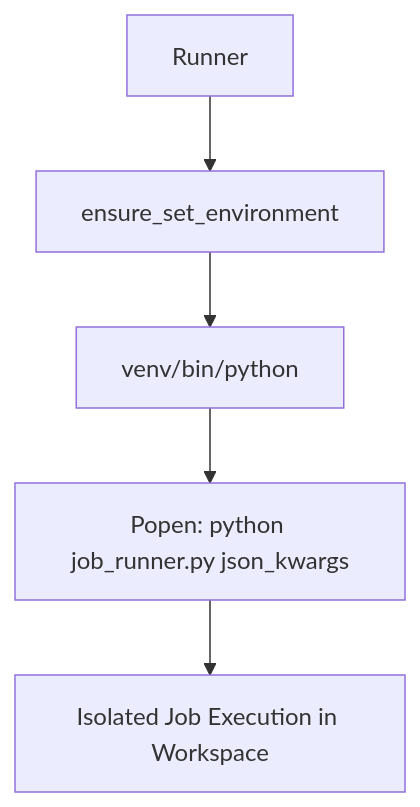
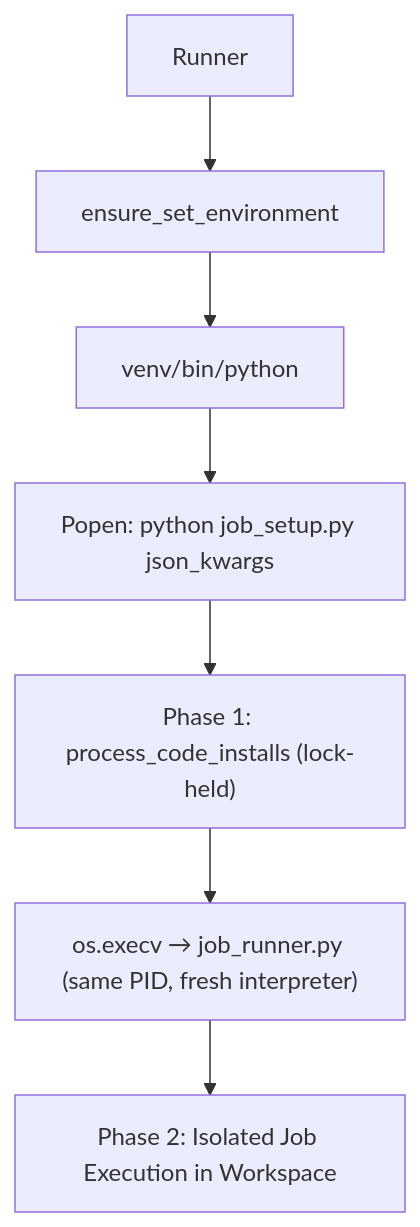
One commit to pyops-project/pyops changed the sixth of 10 diagrams in doc/insights_app.md. Above: the diagram before and after it, drawn with Mermaid. The commit also changed other lines of this file and 22 other files, not shown here.

````diff
--- a/doc/insights_app.md
+++ b/doc/insights_app.md
@@ -242,7 +246,9 @@
 ```mermaid
 graph TD
     A[Runner] --> B[ensure_set_environment]
     B --> C[venv/bin/python]
-    C --> D["Popen: python job_runner.py json_kwargs"]
-    D --> E[Isolated Job Execution in Workspace]
+    C --> D["Popen: python job_setup.py json_kwargs"]
+    D --> E["Phase 1: process_code_installs (lock-held)"]
+    E --> F["os.execv → job_runner.py (same PID, fresh interpreter)"]
+    F --> G[Phase 2: Isolated Job Execution in Workspace]
 ```
````
